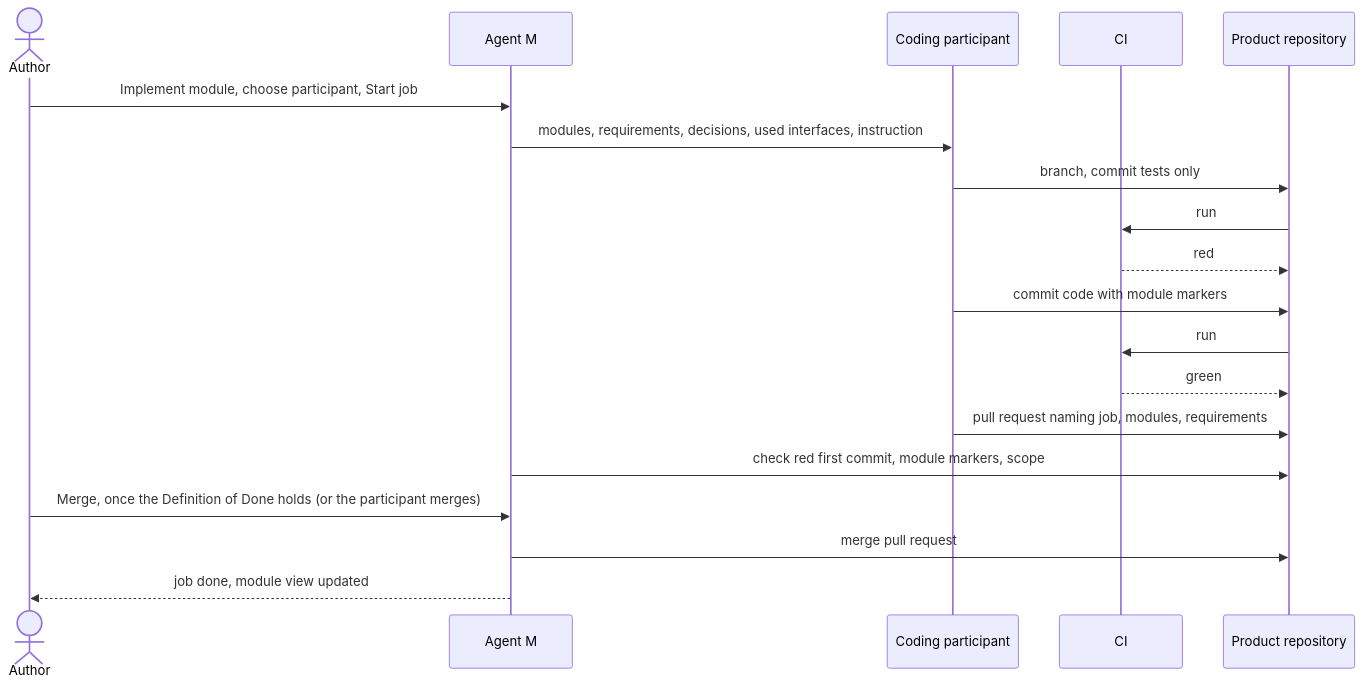
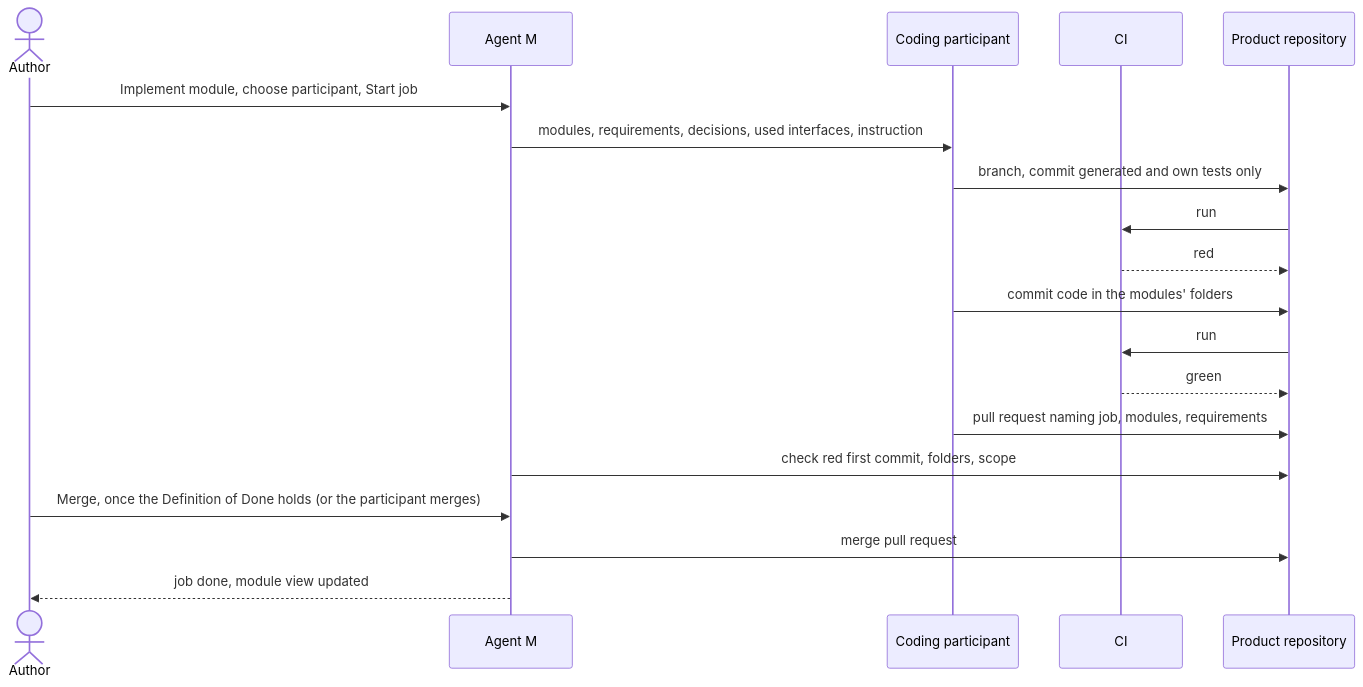
The diagram in docs/use-cases/UC-024-implement-modules.md (akmaier/agent-m), drawn with Mermaid before and after one commit. The commit also changed other lines of this file and 4 other files, not shown here.

First line of the commit message:
uc: UC-014, UC-022, UC-023, UC-024, UC-025 follow the accepted SPEC and the reviewed architecture

````diff
--- a/docs/use-cases/UC-024-implement-modules.md
+++ b/docs/use-cases/UC-024-implement-modules.md
@@ -107,21 +111,21 @@
 ```mermaid
 sequenceDiagram
     actor A as Author
     participant M as Agent M
     participant P as Coding participant
     participant C as CI
     participant G as Product repository
     A->>M: Implement module, choose participant, Start job
     M->>P: modules, requirements, decisions, used interfaces, instruction
-    P->>G: branch, commit tests only
+    P->>G: branch, commit generated and own tests only
     G->>C: run
     C-->>G: red
-    P->>G: commit code with module markers
+    P->>G: commit code in the modules' folders
     G->>C: run
     C-->>G: green
     P->>G: pull request naming job, modules, requirements
-    M->>G: check red first commit, module markers, scope
+    M->>G: check red first commit, folders, scope
     A->>M: Merge, once the Definition of Done holds (or the participant merges)
     M->>G: merge pull request
     M-->>A: job done, module view updated
 ```
````
